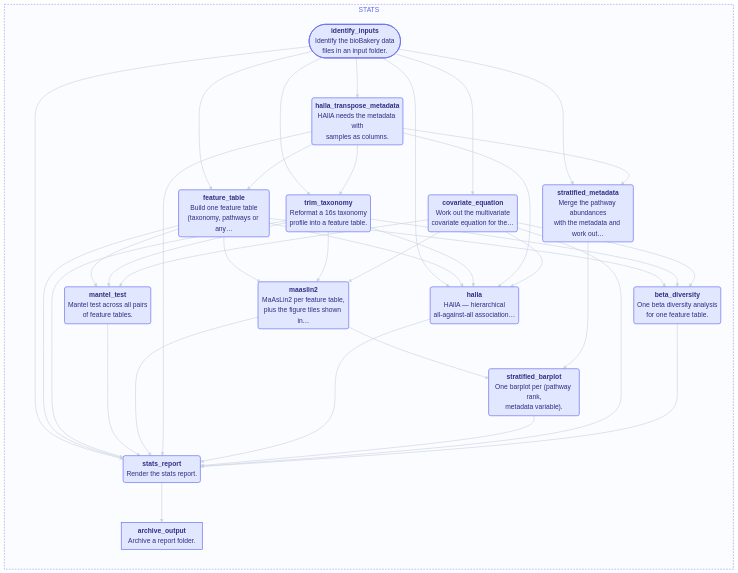
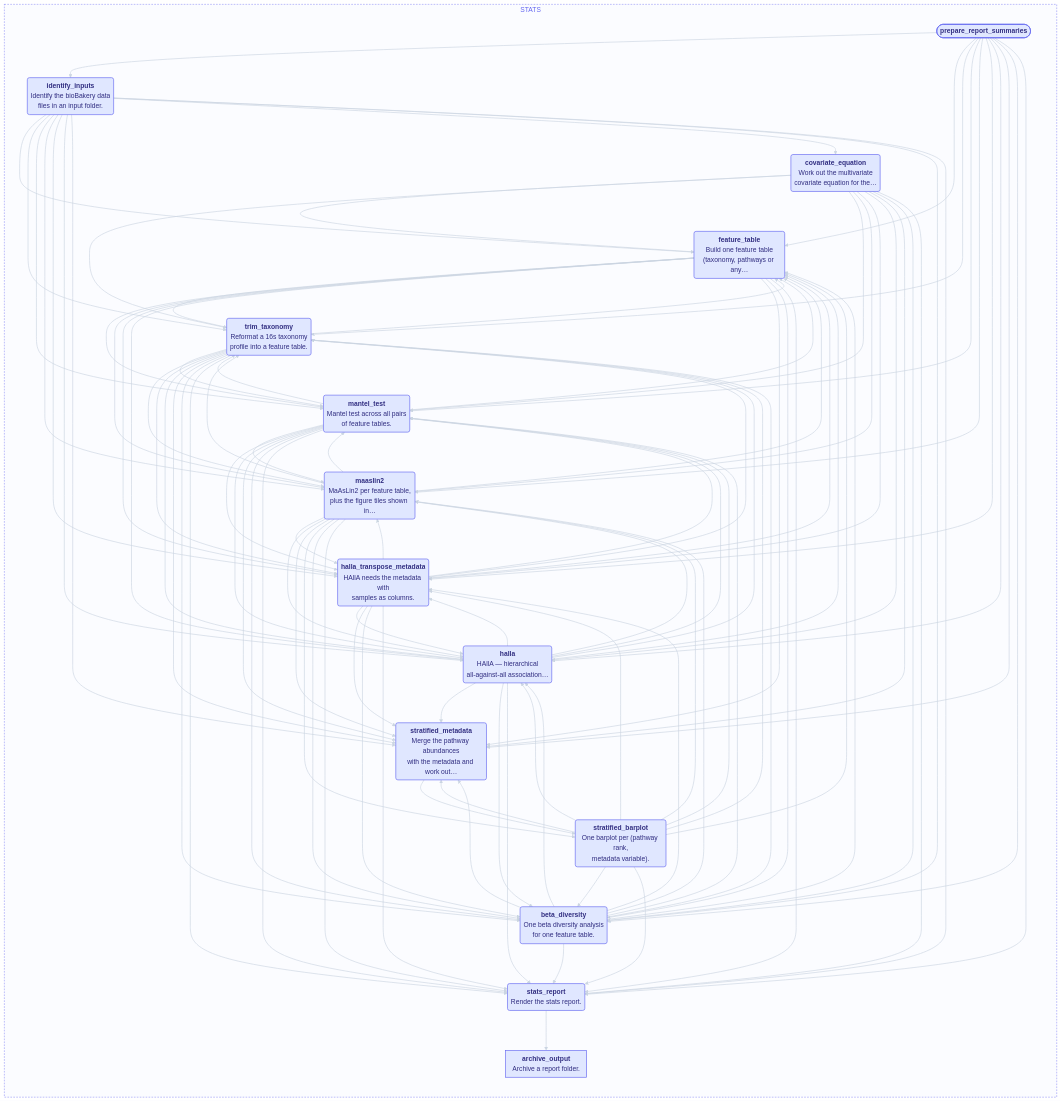
Before and after one commit to biobakery/biobakery-nextflow: the diagram in docs/diagrams/stats.mmd, drawn with Mermaid. The commit also changed 5 other files, not shown here.

Commit message:
added diagrams for the workflows

```diff
--- a/docs/diagrams/stats.mmd
+++ b/docs/diagrams/stats.mmd
@@ -1,62 +1,125 @@
 %%{init: {"flowchart": {"curve": "basis", "nodeSpacing": 40,
                         "rankSpacing": 70, "padding": 8}}}%%
 flowchart LR
     subgraph STATS
         direction TB
-        identify_inputs(["<b>identify_inputs</b><br/>Identify the bioBakery data<br/>files in an input folder."])
+        prepare_report_summaries(["<b>prepare_report_summaries</b>"])
+        identify_inputs("<b>identify_inputs</b><br/>Identify the bioBakery data<br/>files in an input folder.")
         feature_table("<b>feature_table</b><br/>Build one feature table<br/>(taxonomy, pathways or any…")
         trim_taxonomy("<b>trim_taxonomy</b><br/>Reformat a 16s taxonomy<br/>profile into a feature table.")
         mantel_test("<b>mantel_test</b><br/>Mantel test across all pairs<br/>of feature tables.")
         maaslin2("<b>maaslin2</b><br/>MaAsLin2 per feature table,<br/>plus the figure tiles shown in…")
         halla_transpose_metadata("<b>halla_transpose_metadata</b><br/>HAllA needs the metadata with<br/>samples as columns.")
         halla("<b>halla</b><br/>HAllA — hierarchical<br/>all-against-all association…")
         stratified_metadata("<b>stratified_metadata</b><br/>Merge the pathway abundances<br/>with the metadata and work out…")
         stratified_barplot("<b>stratified_barplot</b><br/>One barplot per (pathway rank,<br/>metadata variable).")
         covariate_equation("<b>covariate_equation</b><br/>Work out the multivariate<br/>covariate equation for the…")
         beta_diversity("<b>beta_diversity</b><br/>One beta diversity analysis<br/>for one feature table.")
         stats_report("<b>stats_report</b><br/>Render the stats report.")
         archive_output["<b>archive_output</b><br/>Archive a report folder."]
     end
 
+    prepare_report_summaries --> identify_inputs
+    prepare_report_summaries --> feature_table
+    prepare_report_summaries --> trim_taxonomy
+    prepare_report_summaries --> mantel_test
+    prepare_report_summaries --> maaslin2
+    prepare_report_summaries --> halla_transpose_metadata
+    prepare_report_summaries --> halla
+    prepare_report_summaries --> stratified_metadata
+    prepare_report_summaries --> beta_diversity
+    prepare_report_summaries --> stats_report
     identify_inputs --> feature_table
     identify_inputs --> trim_taxonomy
+    identify_inputs --> mantel_test
+    identify_inputs --> maaslin2
     identify_inputs --> halla_transpose_metadata
     identify_inputs --> halla
     identify_inputs --> stratified_metadata
     identify_inputs --> covariate_equation
+    identify_inputs --> beta_diversity
     identify_inputs --> stats_report
+    feature_table --> trim_taxonomy
     feature_table --> mantel_test
     feature_table --> maaslin2
+    feature_table --> halla_transpose_metadata
     feature_table --> halla
+    feature_table --> stratified_metadata
     feature_table --> beta_diversity
     feature_table --> stats_report
+    trim_taxonomy --> feature_table
     trim_taxonomy --> mantel_test
     trim_taxonomy --> maaslin2
+    trim_taxonomy --> halla_transpose_metadata
     trim_taxonomy --> halla
+    trim_taxonomy --> stratified_metadata
     trim_taxonomy --> beta_diversity
     trim_taxonomy --> stats_report
+    mantel_test --> feature_table
+    mantel_test --> trim_taxonomy
+    mantel_test --> maaslin2
+    mantel_test --> halla_transpose_metadata
+    mantel_test --> halla
+    mantel_test --> stratified_metadata
+    mantel_test --> beta_diversity
     mantel_test --> stats_report
+    maaslin2 --> feature_table
+    maaslin2 --> trim_taxonomy
+    maaslin2 --> mantel_test
+    maaslin2 --> halla_transpose_metadata
+    maaslin2 --> halla
+    maaslin2 --> stratified_metadata
     maaslin2 --> stratified_barplot
+    maaslin2 --> beta_diversity
     maaslin2 --> stats_report
     halla_transpose_metadata --> feature_table
     halla_transpose_metadata --> trim_taxonomy
+    halla_transpose_metadata --> mantel_test
+    halla_transpose_metadata --> maaslin2
     halla_transpose_metadata --> halla
     halla_transpose_metadata --> stratified_metadata
+    halla_transpose_metadata --> beta_diversity
     halla_transpose_metadata --> stats_report
+    halla --> feature_table
+    halla --> trim_taxonomy
+    halla --> mantel_test
+    halla --> maaslin2
+    halla --> halla_transpose_metadata
+    halla --> stratified_metadata
+    halla --> beta_diversity
     halla --> stats_report
     stratified_metadata --> stratified_barplot
+    stratified_barplot --> feature_table
+    stratified_barplot --> trim_taxonomy
+    stratified_barplot --> mantel_test
+    stratified_barplot --> maaslin2
+    stratified_barplot --> halla_transpose_metadata
+    stratified_barplot --> halla
+    stratified_barplot --> stratified_metadata
+    stratified_barplot --> beta_diversity
     stratified_barplot --> stats_report
+    covariate_equation --> feature_table
+    covariate_equation --> trim_taxonomy
     covariate_equation --> mantel_test
     covariate_equation --> maaslin2
+    covariate_equation --> halla_transpose_metadata
     covariate_equation --> halla
+    covariate_equation --> stratified_metadata
     covariate_equation --> beta_diversity
     covariate_equation --> stats_report
+    beta_diversity --> feature_table
+    beta_diversity --> trim_taxonomy
+    beta_diversity --> mantel_test
+    beta_diversity --> maaslin2
+    beta_diversity --> halla_transpose_metadata
+    beta_diversity --> halla
+    beta_diversity --> stratified_metadata
     beta_diversity --> stats_report
     stats_report --> archive_output
 
     style STATS fill:#e0e7ff22,stroke:#6366f1,stroke-width:1px,stroke-dasharray:4 3,color:#6366f1
 
     classDef stage0 fill:#e0e7ff,stroke:#6366f1,stroke-width:1.5px,color:#312e81
-    class identify_inputs,feature_table,trim_taxonomy,mantel_test,maaslin2,halla_transpose_metadata,halla,stratified_metadata,stratified_barplot,covariate_equation,beta_diversity,stats_report,archive_output stage0
+    class prepare_report_summaries,identify_inputs,feature_table,trim_taxonomy,mantel_test,maaslin2,halla_transpose_metadata,halla,stratified_metadata,stratified_barplot,covariate_equation,beta_diversity,stats_report,archive_output stage0
 
     linkStyle default stroke:#cbd5e1,stroke-width:1.5px
```
